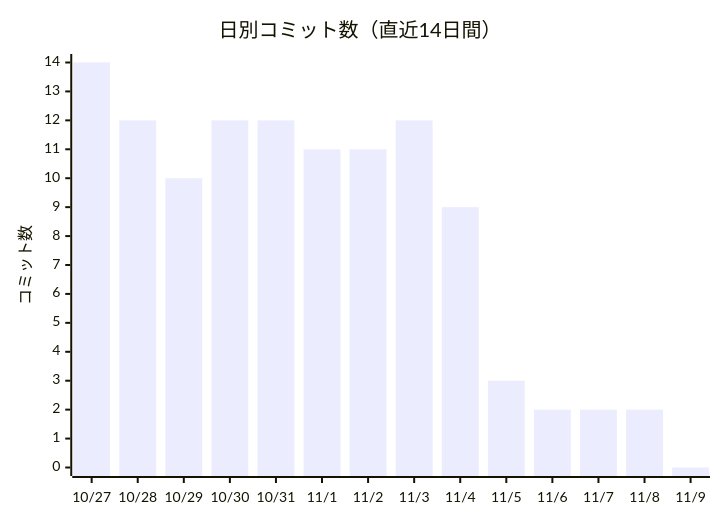
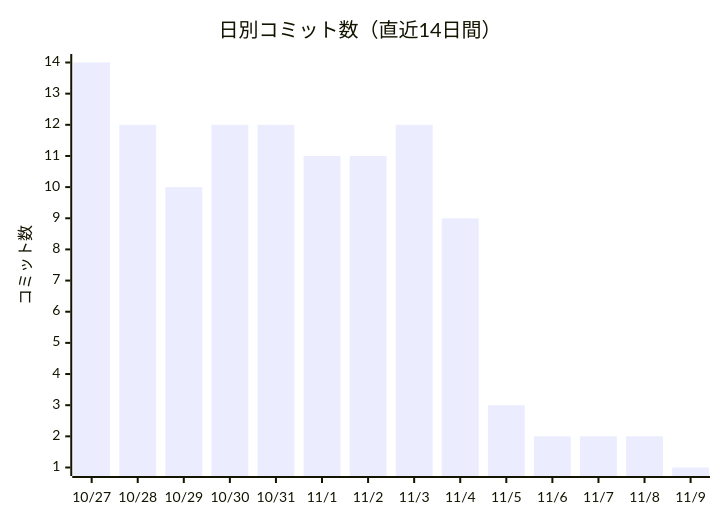
The first of 2 diagrams in docs/進化レポート.md (non-x2/non-x2), drawn with Mermaid before and after one commit. The commit also changed other lines of this file and 1 other file, not shown here.

````diff
--- a/docs/進化レポート.md
+++ b/docs/進化レポート.md
@@ -23,7 +23,7 @@
 ```mermaid
 xychart-beta
     title "日別コミット数（直近14日間）"
     x-axis ["10/27", "10/28", "10/29", "10/30", "10/31", "11/1", "11/2", "11/3", "11/4", "11/5", "11/6", "11/7", "11/8", "11/9"]
     y-axis "コミット数"
-    bar [14, 12, 10, 12, 12, 11, 11, 12, 9, 3, 2, 2, 2, 0]
+    bar [14, 12, 10, 12, 12, 11, 11, 12, 9, 3, 2, 2, 2, 1]
 ```
````
